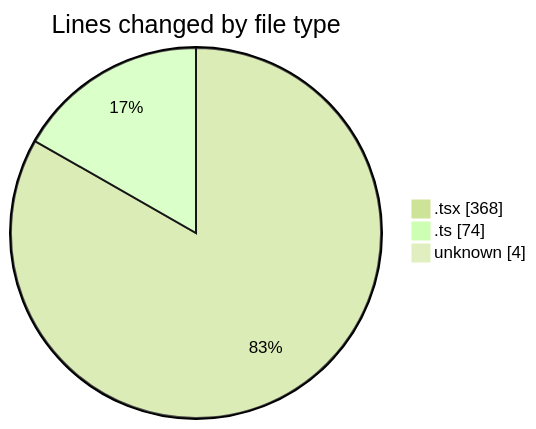
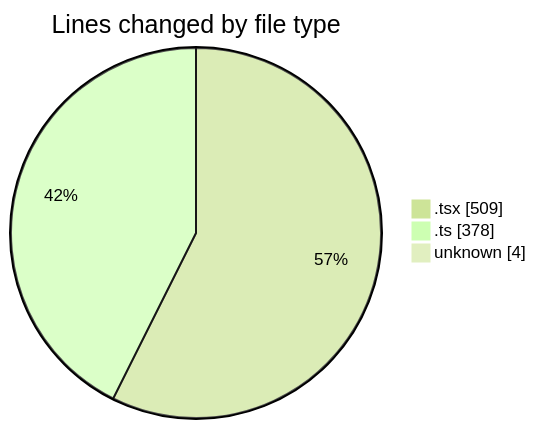
Before and after one commit to Elitesun/code-tracking: the first of 2 diagrams in 2025-05-22/niten/README.md, drawn with Mermaid (forest theme). The commit also changed other lines of this file and 1 other file, not shown here.

````diff
--- a/2025-05-22/niten/README.md
+++ b/2025-05-22/niten/README.md
@@ -25,7 +28,7 @@
 ```mermaid
 pie showData
 title Lines changed by file type
-".tsx" : 368
-".ts" : 74
+".tsx" : 509
+".ts" : 378
 "unknown" : 4
 ```
````
